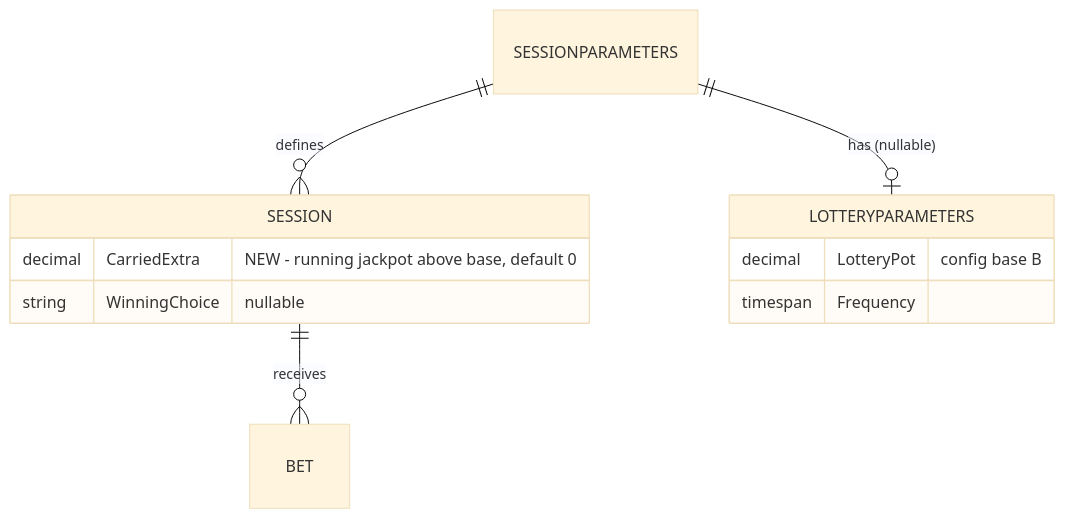
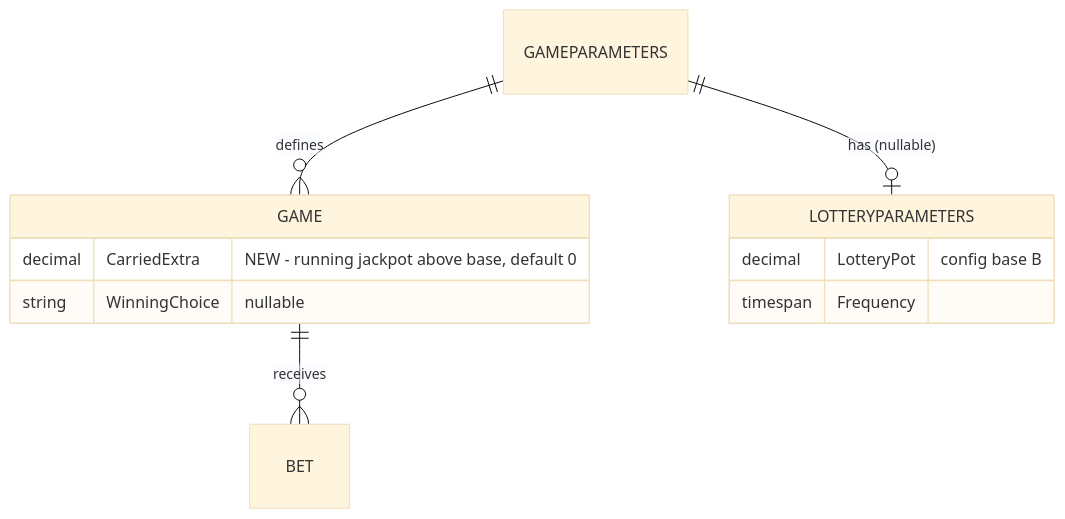
Before and after one commit to marcusruas/monkify-meta: the first of 3 diagrams in specs/lottery-pot-stacking.md, drawn with Mermaid (base theme). The commit also changed other lines of this file and 57 other files, not shown here.

First line of the commit message:
Rebrand: Monkify->ChimpOut, Session->Game in KB prose (monkify-meta)

````diff
--- a/specs/lottery-pot-stacking.md
+++ b/specs/lottery-pot-stacking.md
@@ -150,14 +150,14 @@
 ```mermaid
 erDiagram
-    SESSIONPARAMETERS ||--o{ SESSION : defines
-    SESSIONPARAMETERS ||--o| LOTTERYPARAMETERS : "has (nullable)"
-    SESSION ||--o{ BET : receives
+    GAMEPARAMETERS ||--o{ GAME : defines
+    GAMEPARAMETERS ||--o| LOTTERYPARAMETERS : "has (nullable)"
+    GAME ||--o{ BET : receives
     LOTTERYPARAMETERS {
         decimal LotteryPot "config base B"
         timespan Frequency
     }
-    SESSION {
+    GAME {
         decimal CarriedExtra "NEW - running jackpot above base, default 0"
         string WinningChoice "nullable"
     }
 ```
````
